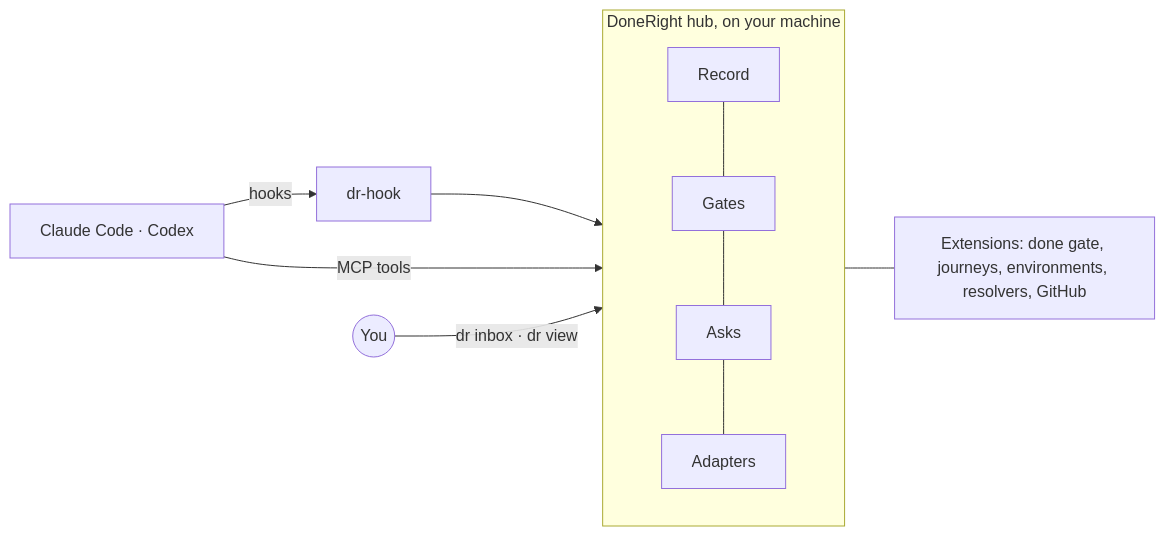
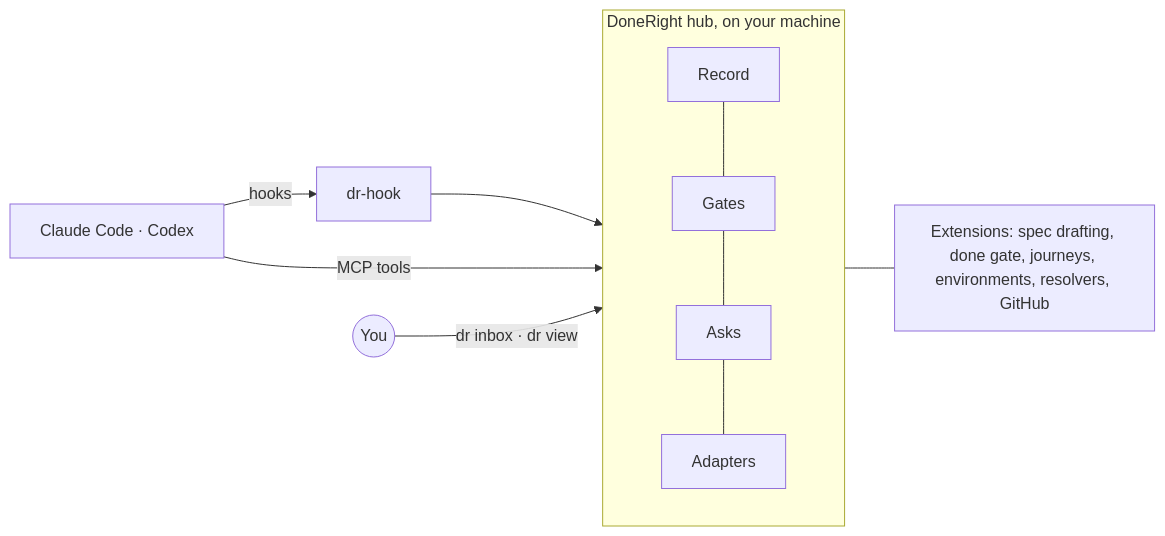
Before and after one commit to windoliver/doneright: the diagram in README.md, drawn with Mermaid. The commit also changed other lines of this file and 4 other files, not shown here.

````diff
--- a/README.md
+++ b/README.md
@@ -116,11 +123,11 @@
 ```mermaid
 flowchart LR
   A[Claude Code · Codex] -- hooks --> H[dr-hook]
   H --> HUB
   A -- MCP tools --> HUB
   subgraph HUB[DoneRight hub, on your machine]
     R[Record] --- G[Gates] --- K[Asks] --- AD[Adapters]
   end
-  HUB --- X[Extensions: done gate, journeys, environments, resolvers, GitHub]
+  HUB --- X[Extensions: spec drafting, done gate, journeys, environments, resolvers, GitHub]
   You((You)) -- dr inbox · dr view --> HUB
 ```
````
